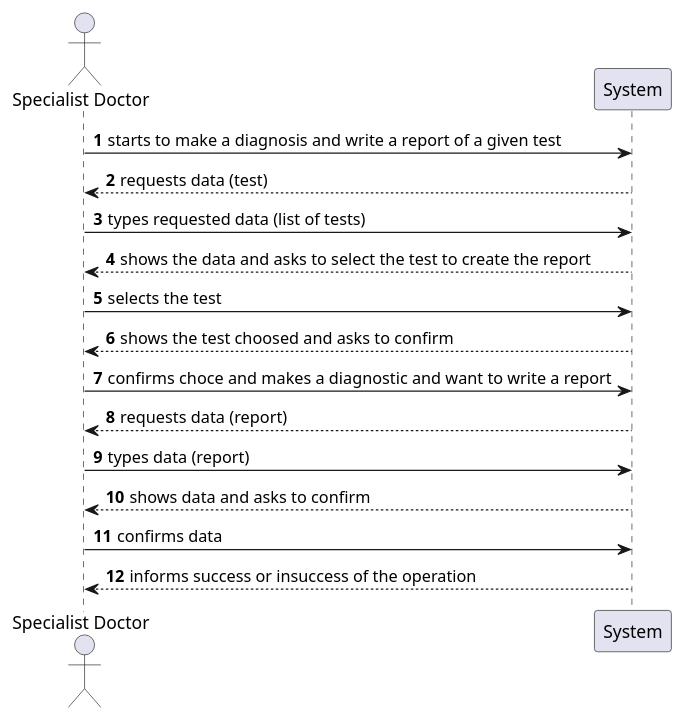
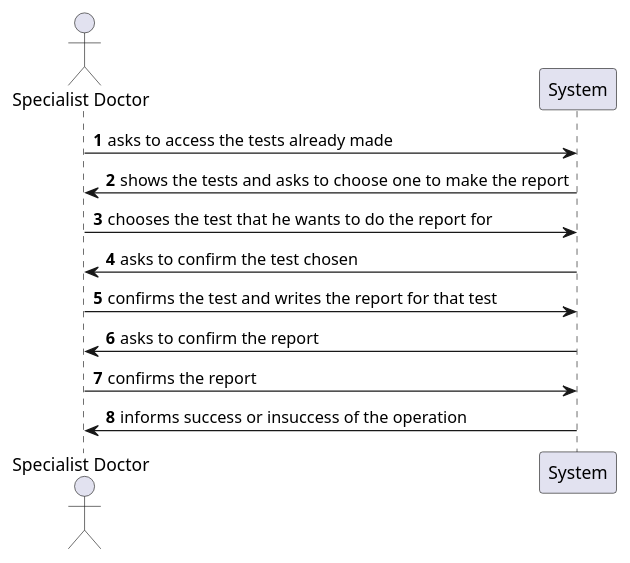
The diagram in docs/SprintC/US14/US14_SSD.puml (jsmarques98/LAPR2-ISEP), drawn with PlantUML before and after one commit. The commit also changed 2 other files, not shown here.

Commit message:
changes in the uml us14

```diff
--- a/docs/SprintC/US14/US14_SSD.puml
+++ b/docs/SprintC/US14/US14_SSD.puml
@@ -1,25 +1,19 @@
 @startuml
 'https://plantuml.com/sequence-diagram
 
 autonumber
 
 actor  "Specialist Doctor" as Spec
 
-Spec -> System: starts to make a diagnosis and write a report of a given test
-System --> Spec: requests data (test)
+Spec -> System: asks to access the tests already made
+System -> Spec: shows the tests and asks to choose one to make the report
 
-Spec -> System: types requested data (list of tests)
-System --> Spec: shows the data and asks to select the test to create the report
+Spec -> System: chooses the test that he wants to do the report for
+System -> Spec: asks to confirm the test chosen
 
-Spec -> System: selects the test
-System --> Spec: shows the test choosed and asks to confirm
+Spec -> System: confirms the test and writes the report for that test
+System -> Spec: asks to confirm the report
 
-Spec -> System: confirms choce and makes a diagnostic and want to write a report
-System --> Spec: requests data (report)
-
-Spec -> System: types data (report)
-System --> Spec: shows data and asks to confirm
-
-Spec -> System: confirms data
-System --> Spec: informs success or insuccess of the operation
+Spec -> System: confirms the report
+System -> Spec: informs success or insuccess of the operation
 @enduml
```
